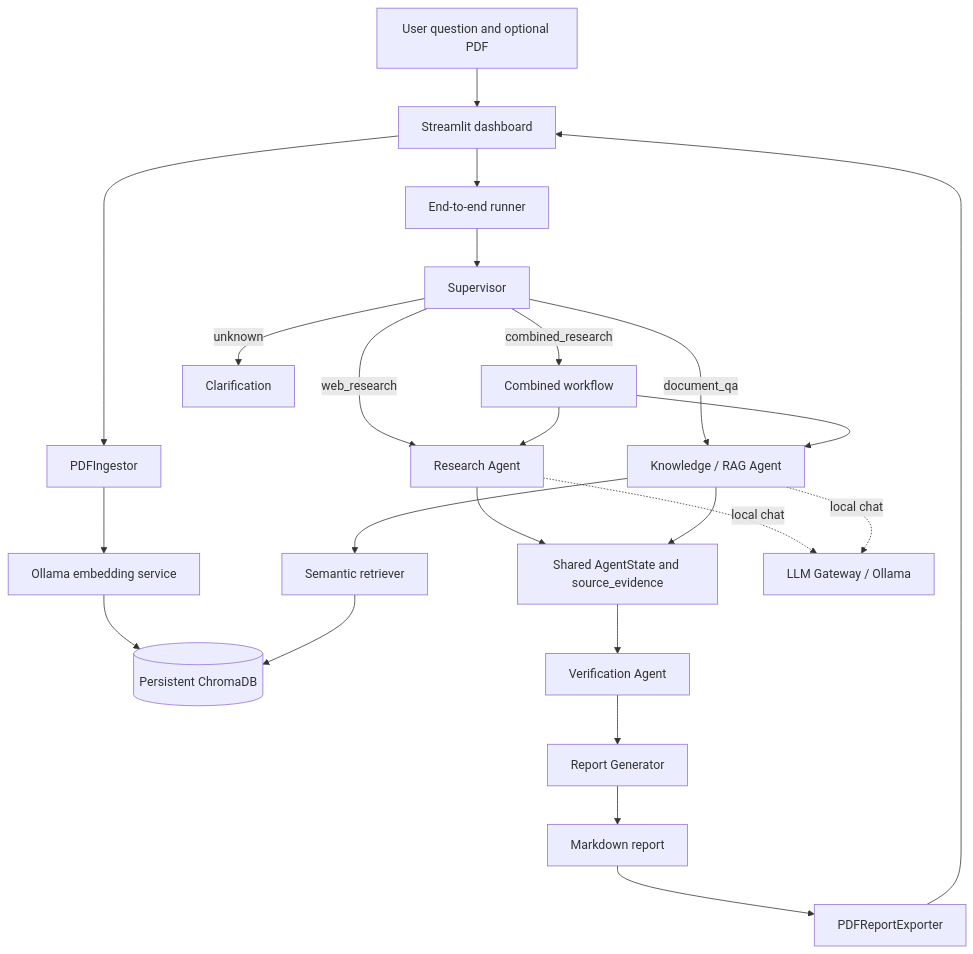
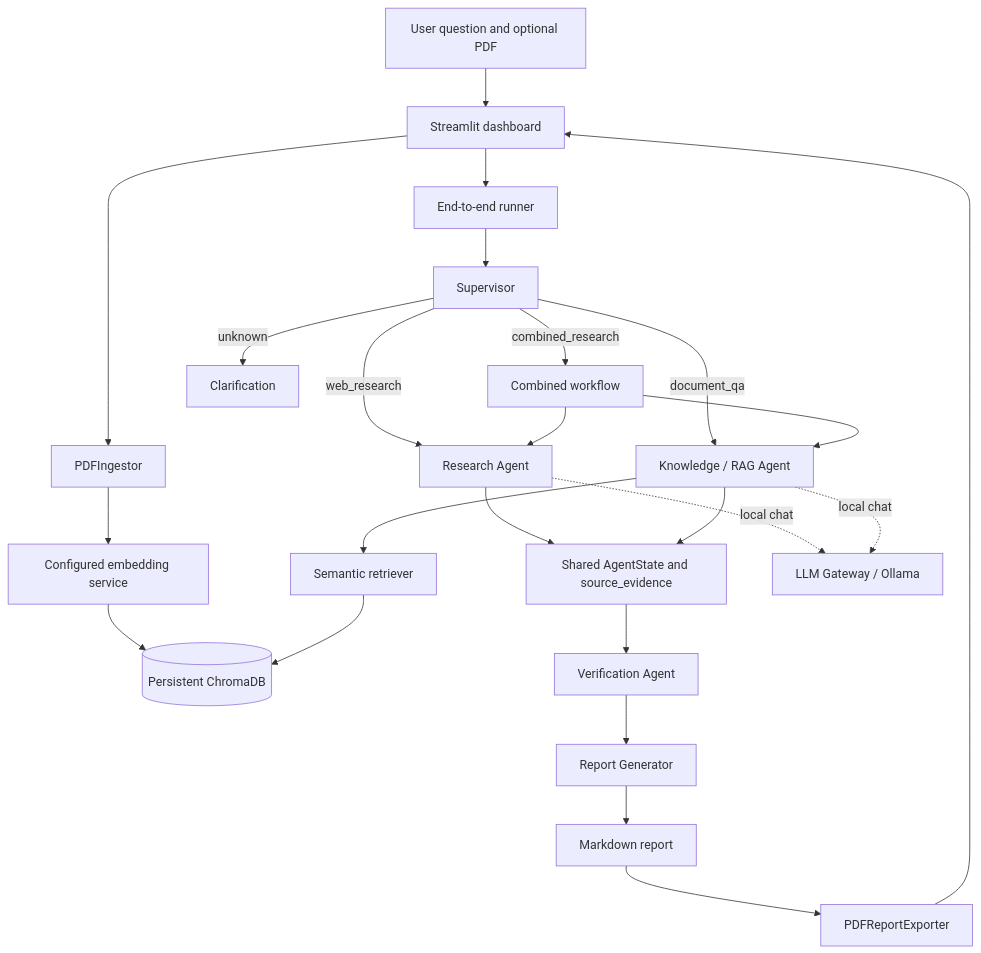
The diagram in README.md (CodeHub010/AgentX), drawn with Mermaid before and after one commit. The commit also changed other lines of this file and 17 other files, not shown here.

````diff
--- a/README.md
+++ b/README.md
@@ -36,26 +36,26 @@
 ```mermaid
 flowchart TD
     U[User question and optional PDF] --> UI[Streamlit dashboard]
     UI --> RUN[End-to-end runner]
-    PDF[PDFIngestor] --> EMB[Ollama embedding service]
+    PDF[PDFIngestor] --> EMB[Configured embedding service]
     EMB --> DB[(Persistent ChromaDB)]
     UI --> PDF
     RUN --> SUP[Supervisor]
     SUP -->|web_research| WEB[Research Agent]
     SUP -->|document_qa| RAG[Knowledge / RAG Agent]
     SUP -->|combined_research| BOTH[Combined workflow]
     SUP -->|unknown| CLARIFY[Clarification]
     BOTH --> WEB
     BOTH --> RAG
     RAG --> RET[Semantic retriever]
     RET --> DB
     WEB --> STATE[Shared AgentState and source_evidence]
     RAG --> STATE
     STATE --> VERIFY[Verification Agent]
     VERIFY --> REPORT[Report Generator]
     REPORT --> MD[Markdown report]
     MD --> PDFOUT[PDFReportExporter]
     PDFOUT --> UI
     WEB -. local chat .-> LLM[LLM Gateway / Ollama]
     RAG -. local chat .-> LLM
 ```
````
